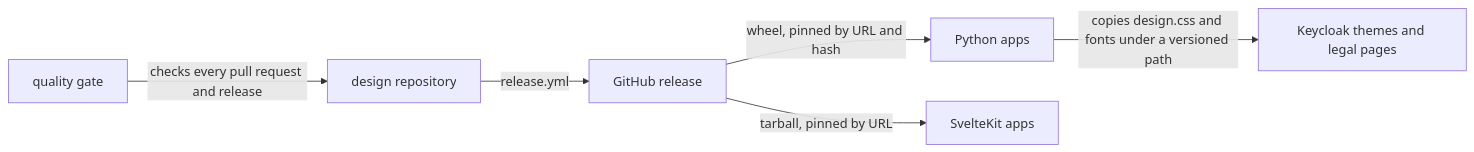
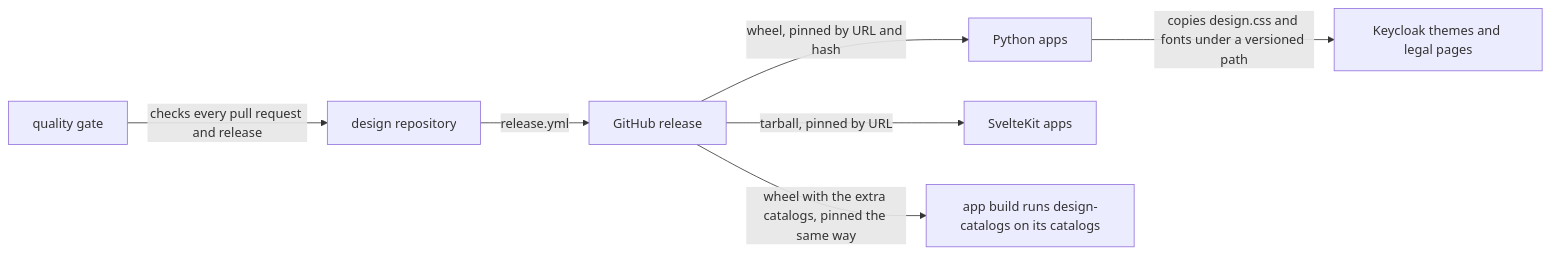
Before and after one commit to overnightworks/appkit: the first of 3 diagrams in docs/ARCHITECTURE.md, drawn with Mermaid. The commit also changed other lines of this file and 19 other files, not shown here.

````diff
--- a/docs/ARCHITECTURE.md
+++ b/docs/ARCHITECTURE.md
@@ -12,14 +13,15 @@
 ```mermaid
 flowchart LR
   design[design repository]
   gate[quality gate]
   release[GitHub release]
   py[Python apps]
   kit[SvelteKit apps]
   kc[Keycloak themes and legal pages]
   gate -- checks every pull request and release --> design
   design -- release.yml --> release
   release -- wheel, pinned by URL and hash --> py
   release -- tarball, pinned by URL --> kit
+  release -- wheel with the extra catalogs, pinned the same way --> build[app build runs design-catalogs on its catalogs]
   py -- copies design.css and fonts under a versioned path --> kc
 ```
````
